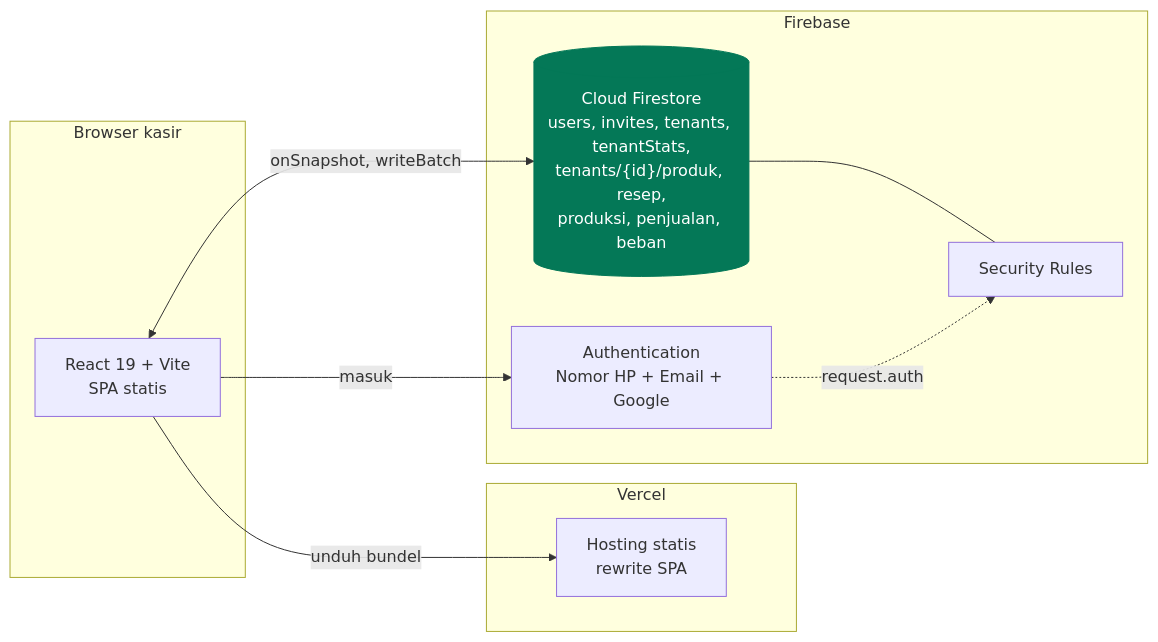
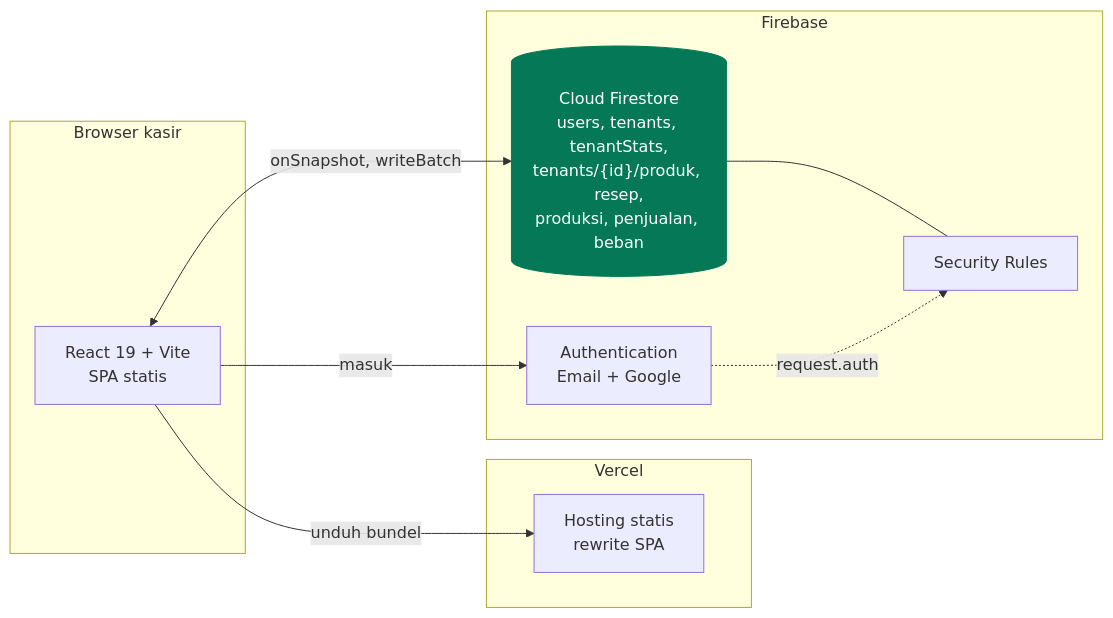
One commit to nadhimc/simple-pos-kkn-agung changed the diagram in docs/README.md. Above: the diagram before and after it, drawn with Mermaid. The commit also changed 18 other files, not shown here.

First line of the commit message:
feat(auth): remove phone sign-in, leaving email and Google

````diff
--- a/docs/README.md
+++ b/docs/README.md
@@ -30,25 +30,25 @@
 ```mermaid
 flowchart LR
   subgraph browser["Browser kasir"]
     UI["React 19 + Vite<br/>SPA statis"]
   end
 
   subgraph vercel["Vercel"]
     CDN["Hosting statis<br/>rewrite SPA"]
   end
 
   subgraph firebase["Firebase"]
-    AUTH["Authentication<br/>Nomor HP + Email + Google"]
-    FS[("Cloud Firestore<br/>users, invites, tenants, tenantStats,<br/>tenants/{id}/produk, resep,<br/>produksi, penjualan, beban")]
+    AUTH["Authentication<br/>Email + Google"]
+    FS[("Cloud Firestore<br/>users, tenants, tenantStats,<br/>tenants/{id}/produk, resep,<br/>produksi, penjualan, beban")]
     RULES["Security Rules"]
   end
 
   UI -->|"unduh bundel"| CDN
   UI -->|"masuk"| AUTH
   UI <-->|"onSnapshot, writeBatch"| FS
   FS --- RULES
   AUTH -.->|"request.auth"| RULES
 
   classDef store fill:#047857,stroke:#047857,color:#ffffff
   class FS store
 ```
````
